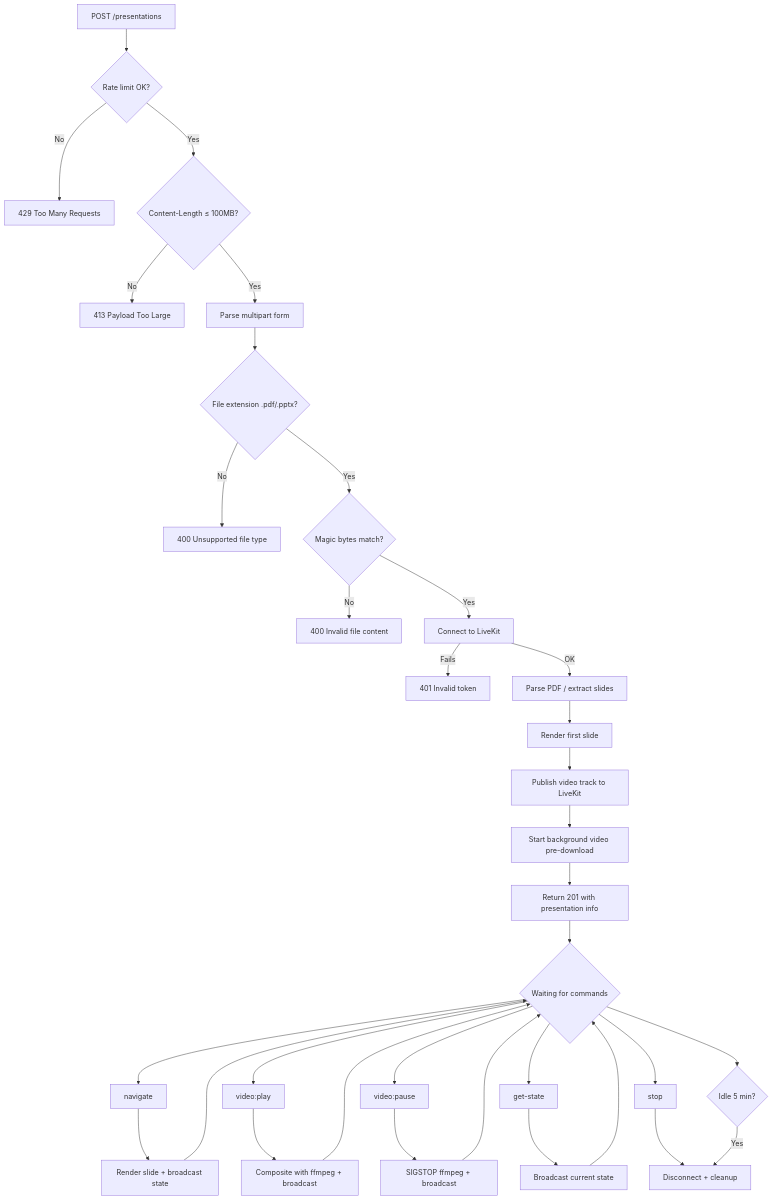
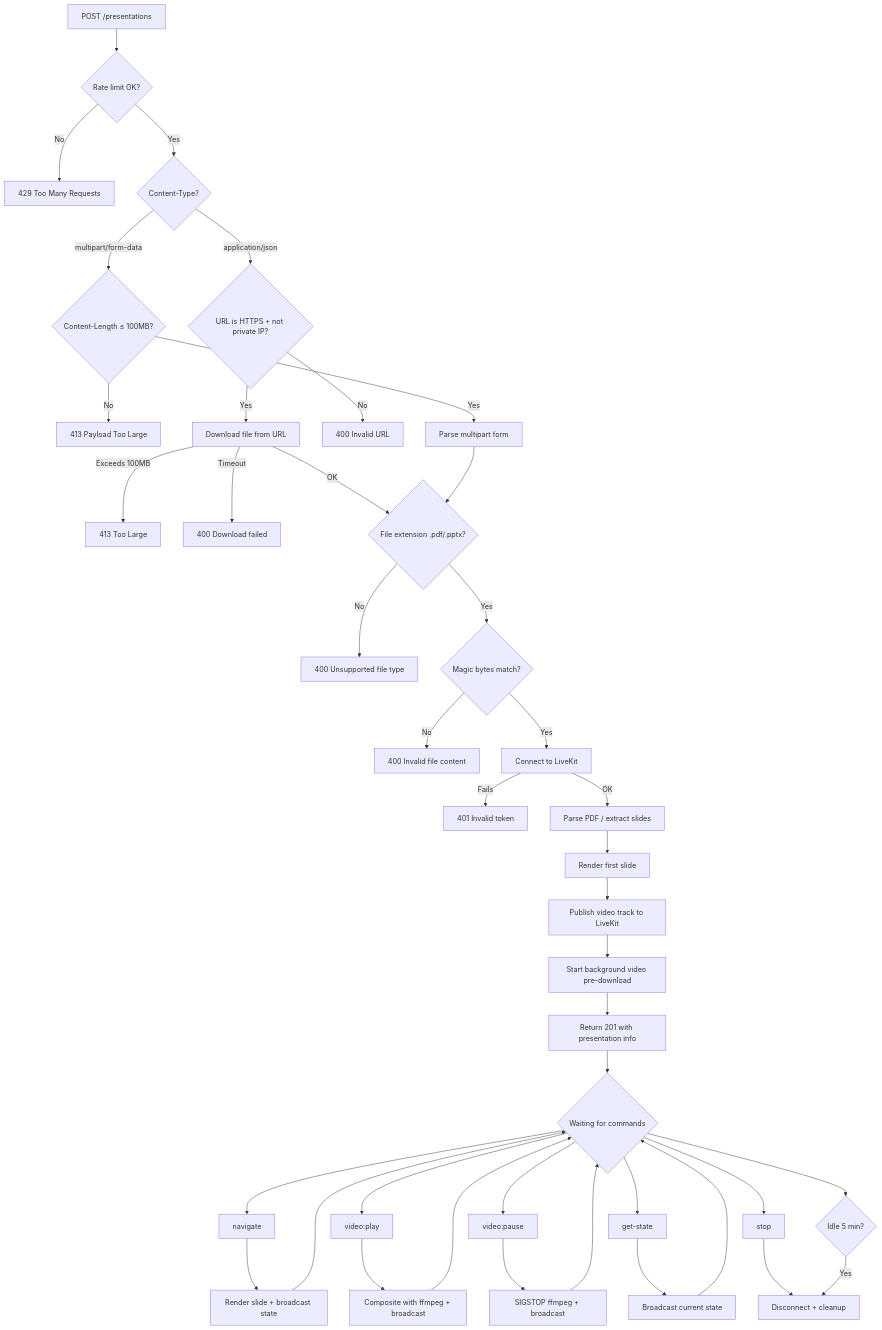
Before and after one commit to decentraland/cast-presenter-server: the second of 2 diagrams in docs/architecture.md, drawn with Mermaid. The commit also changed 2 other files, not shown here.

Commit message:
docs+test: update for URL-based presentation creation
Add unit tests for JSON/URL creation path (missing url, missing token,
non-HTTPS, invalid URL). Update OpenAPI spec with application/json
request body schema. Update architecture workflow diagram to show both
file upload and URL download paths.

````diff
--- a/docs/architecture.md
+++ b/docs/architecture.md
@@ -47,27 +47,34 @@
 ```mermaid
 flowchart TD
     A[POST /presentations] --> B{Rate limit OK?}
     B -- No --> B1[429 Too Many Requests]
-    B -- Yes --> C{Content-Length ≤ 100MB?}
-    C -- No --> C1[413 Payload Too Large]
-    C -- Yes --> D[Parse multipart form]
-    D --> E{File extension .pdf/.pptx?}
-    E -- No --> E1[400 Unsupported file type]
-    E -- Yes --> F{Magic bytes match?}
-    F -- No --> F1[400 Invalid file content]
-    F -- Yes --> G[Connect to LiveKit]
-    G -- Fails --> G1[401 Invalid token]
-    G -- OK --> H[Parse PDF / extract slides]
-    H --> I[Render first slide]
-    I --> J[Publish video track to LiveKit]
-    J --> K[Start background video pre-download]
-    K --> L[Return 201 with presentation info]
+    B -- Yes --> C{Content-Type?}
+    C -- multipart/form-data --> D1{Content-Length ≤ 100MB?}
+    D1 -- No --> D1a[413 Payload Too Large]
+    D1 -- Yes --> D2[Parse multipart form]
+    C -- application/json --> E1{URL is HTTPS + not private IP?}
+    E1 -- No --> E1a[400 Invalid URL]
+    E1 -- Yes --> E2[Download file from URL]
+    E2 -- Exceeds 100MB --> E2a[413 Too Large]
+    E2 -- Timeout --> E2b[400 Download failed]
+    E2 -- OK --> F
+    D2 --> F{File extension .pdf/.pptx?}
+    F -- No --> F1[400 Unsupported file type]
+    F -- Yes --> G{Magic bytes match?}
+    G -- No --> G1[400 Invalid file content]
+    G -- Yes --> H[Connect to LiveKit]
+    H -- Fails --> H1[401 Invalid token]
+    H -- OK --> I[Parse PDF / extract slides]
+    I --> J[Render first slide]
+    J --> K[Publish video track to LiveKit]
+    K --> L[Start background video pre-download]
+    L --> M[Return 201 with presentation info]
 
-    L --> M{Waiting for commands}
-    M --> N[navigate] --> O[Render slide + broadcast state] --> M
-    M --> P[video:play] --> Q[Composite with ffmpeg + broadcast] --> M
-    M --> R[video:pause] --> S[SIGSTOP ffmpeg + broadcast] --> M
-    M --> T[get-state] --> U[Broadcast current state] --> M
-    M --> V[stop] --> W[Disconnect + cleanup]
-    M --> X{Idle 5 min?} -- Yes --> W
+    M --> N{Waiting for commands}
+    N --> O[navigate] --> P[Render slide + broadcast state] --> N
+    N --> Q[video:play] --> R[Composite with ffmpeg + broadcast] --> N
+    N --> S[video:pause] --> T[SIGSTOP ffmpeg + broadcast] --> N
+    N --> U[get-state] --> V[Broadcast current state] --> N
+    N --> W[stop] --> X[Disconnect + cleanup]
+    N --> Y{Idle 5 min?} -- Yes --> X
 ```
````
